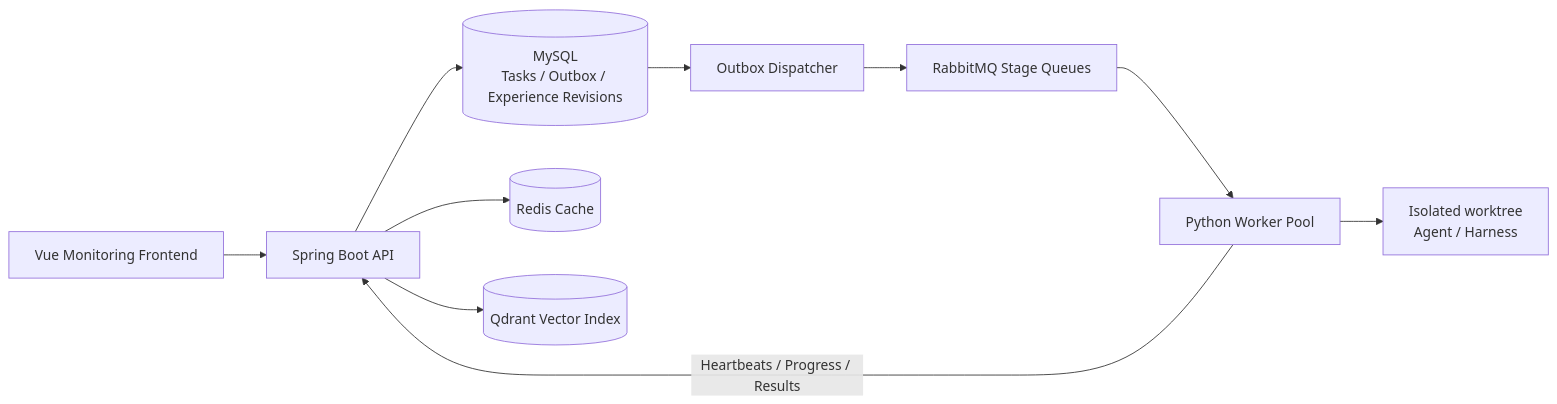
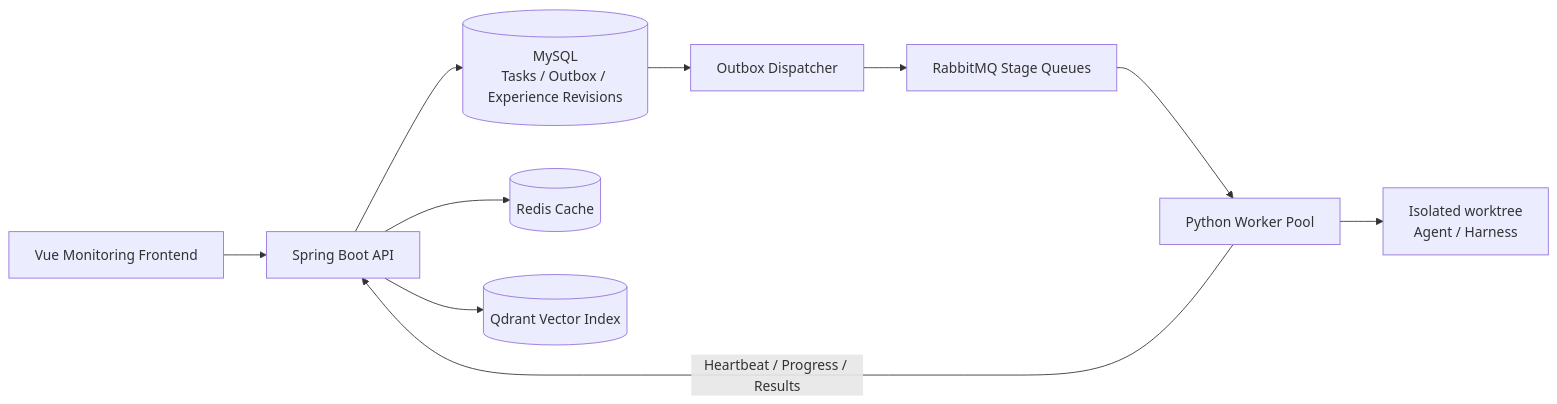
One commit to Artoriazzz/RepoAgent changed the second of 2 diagrams in README.en.md. Above: the diagram before and after it, drawn with Mermaid. The commit also changed other lines of this file, not shown here.

````diff
--- a/README.en.md
+++ b/README.en.md
@@ -133,12 +131,12 @@
 ```mermaid
 flowchart LR
     UI["Vue Monitoring Frontend"] --> API["Spring Boot API"]
     API --> DB[("MySQL<br/>Tasks / Outbox / Experience Revisions")]
     DB --> O["Outbox Dispatcher"]
     O --> MQ["RabbitMQ Stage Queues"]
     MQ --> W["Python Worker Pool"]
     W --> R["Isolated worktree<br/>Agent / Harness"]
-    W -->|"Heartbeats / Progress / Results"| API
+    W -->|"Heartbeat / Progress / Results"| API
     API --> Cache[("Redis Cache")]
     API --> Vector[("Qdrant Vector Index")]
 ```
````
